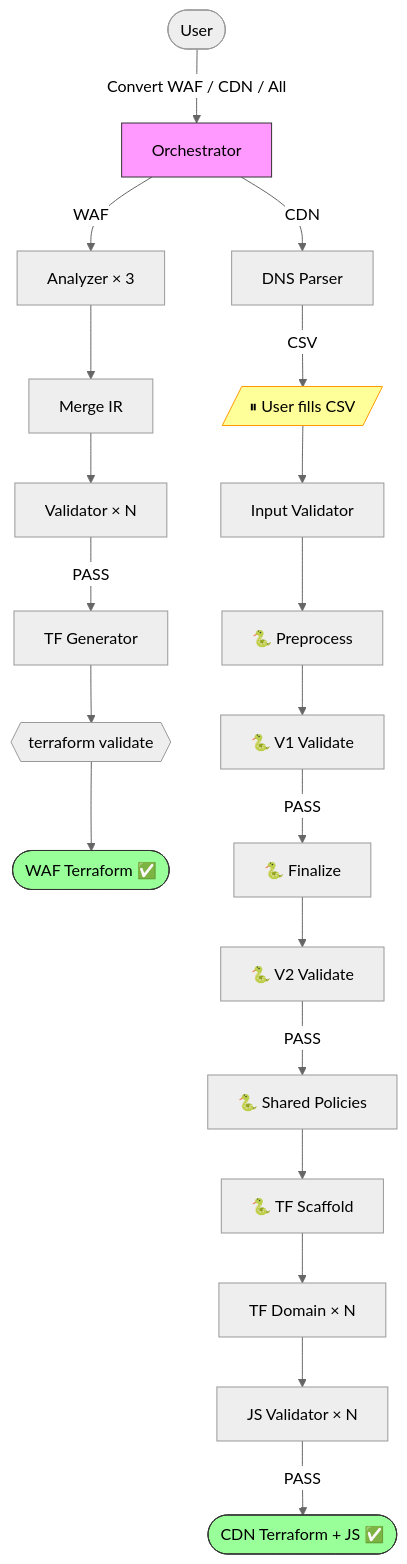
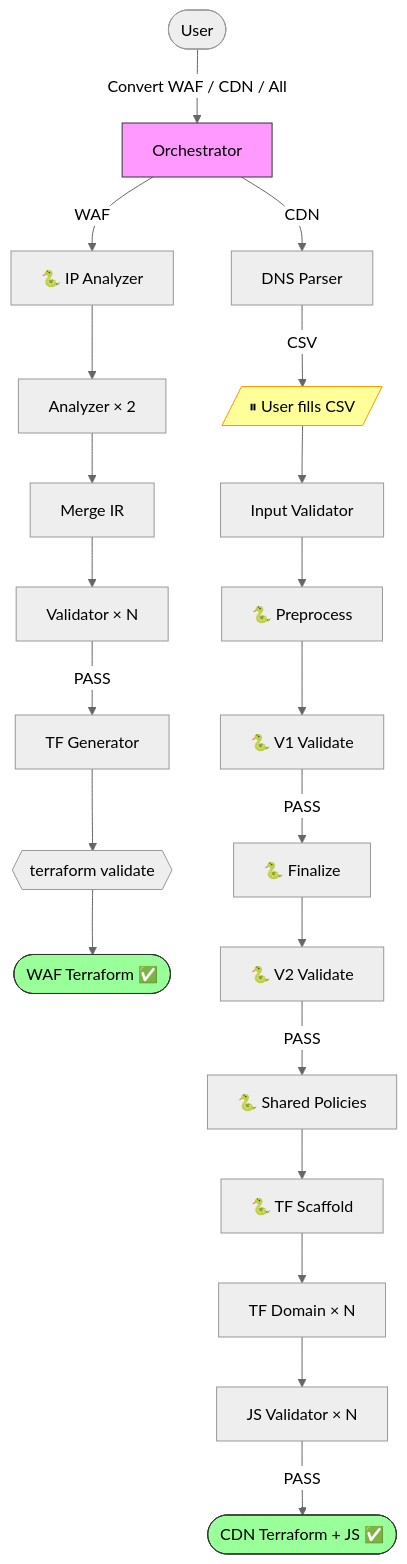
Before and after one commit to chenghit/cloudflare-aws-edge-config-converter: the diagram in README.md, drawn with Mermaid (neutral theme). The commit also changed other lines of this file and 3 other files, not shown here.

````diff
--- a/README.md
+++ b/README.md
@@ -78,23 +78,23 @@
 ```mermaid
 flowchart TD
     User([User]) -->|"Convert WAF / CDN / All"| Main["Orchestrator"]
 
-    Main -->|WAF| WAF_A["Analyzer × 3"] --> WAF_M["Merge IR"] --> WAF_V["Validator × N"] -->|PASS| WAF_G["TF Generator"] --> WAF_T{{"terraform validate"}} --> WAF_Done([WAF Terraform ✅])
+    Main -->|WAF| WAF_IP["🐍 IP Analyzer"] --> WAF_A["Analyzer × 2"] --> WAF_M["Merge IR"] --> WAF_V["Validator × N"] -->|PASS| WAF_G["TF Generator"] --> WAF_T{{"terraform validate"}} --> WAF_Done([WAF Terraform ✅])
 
     Main -->|CDN| CDN1["DNS Parser"] -->|CSV| Pause[/"⏸ User fills CSV"/]
     Pause --> CDN2["Input Validator"]
     CDN2 --> CDN3["🐍 Preprocess"]
     CDN3 --> CDN4["🐍 V1 Validate"]
     CDN4 -->|PASS| CDN5["🐍 Finalize"]
     CDN5 --> CDN6["🐍 V2 Validate"]
     CDN6 -->|PASS| CDN7["🐍 Shared Policies"]
     CDN7 --> CDN75["🐍 TF Scaffold"]
     CDN75 --> CDN8["TF Domain × N"]
     CDN8 --> CDN9["JS Validator × N"]
     CDN9 -->|PASS| CDN_Done([CDN Terraform + JS ✅])
 
     style Main fill:#f9f,stroke:#333
     style Pause fill:#ff9,stroke:#f90
     style WAF_Done fill:#9f9,stroke:#333
     style CDN_Done fill:#9f9,stroke:#333
 ```
````
